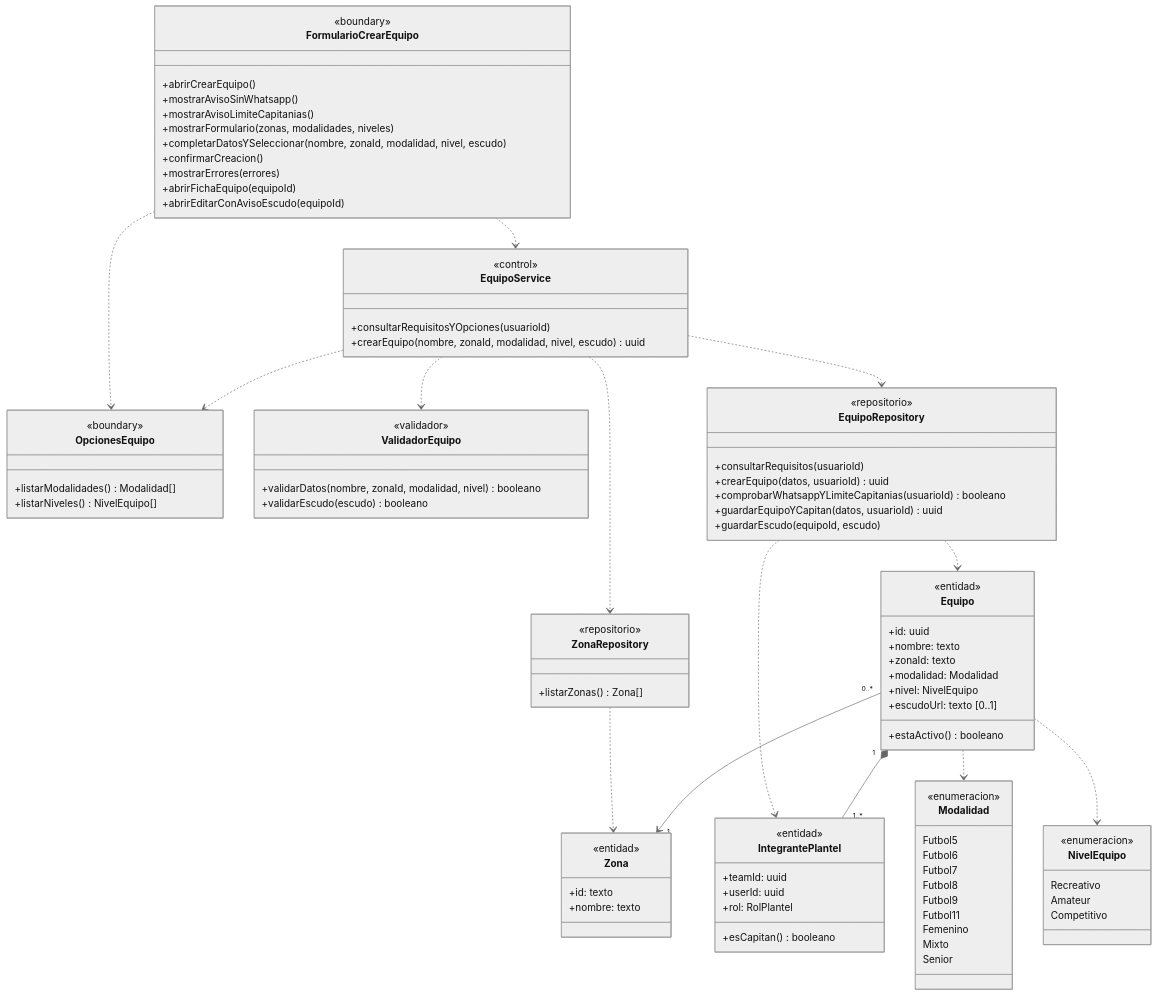
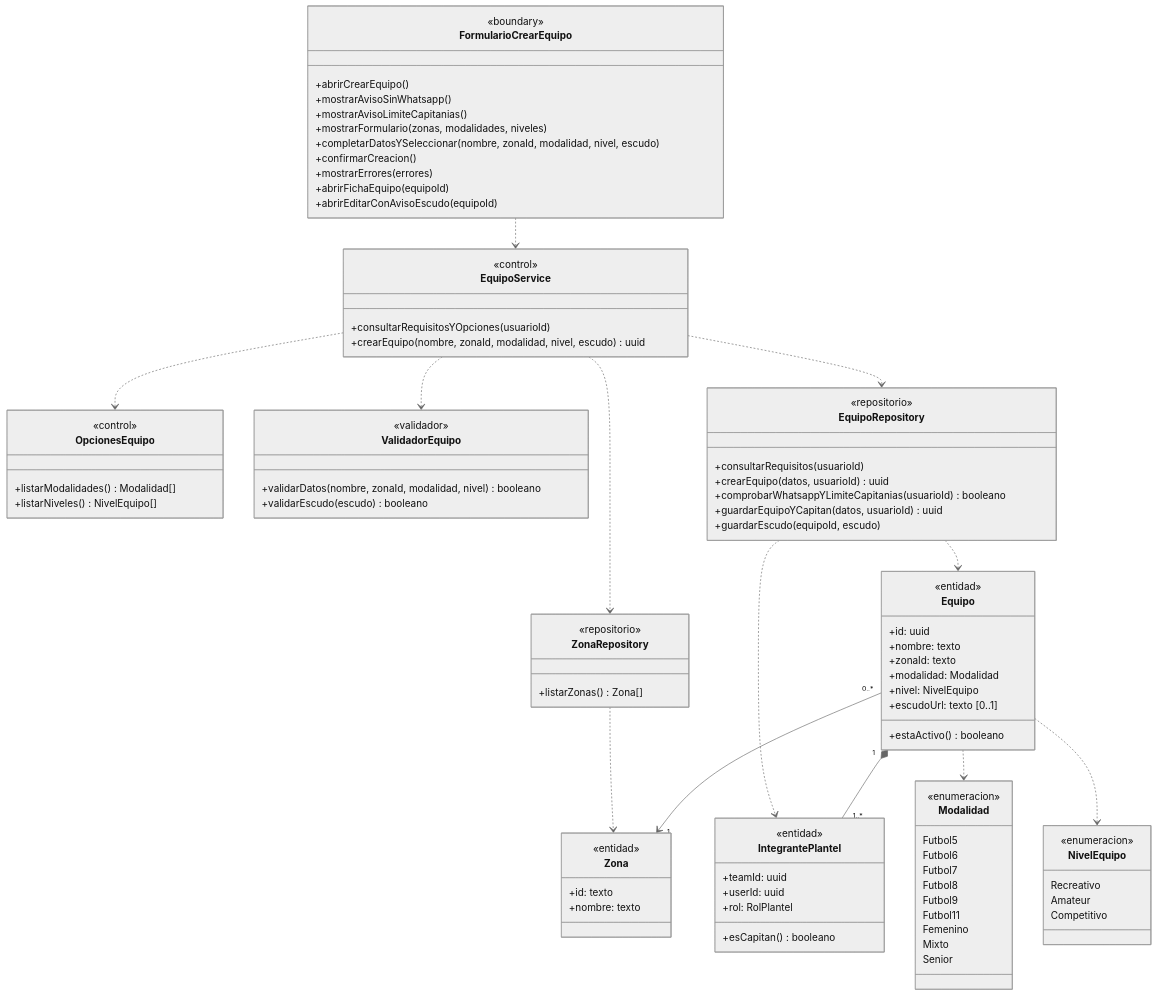
Before and after one commit to nicqletal/torneos-scraper: the second of 11 diagrams in docs/diagramas-de-clase/equipos.md, drawn with Mermaid (neutral theme). The commit also changed other lines of this file and 12 other files, not shown here.

First line of the commit message:
docs(diagramas-de-clase): alinear métodos con secuencias, unificar capas y limpiar etiquetas en flechas

```diff
--- a/docs/diagramas-de-clase/equipos.md
+++ b/docs/diagramas-de-clase/equipos.md
@@ -171,7 +171,7 @@
   +abrirEditarConAvisoEscudo(equipoId)
 }
 class OpcionesEquipo {
-  <<boundary>>
+  <<control>>
   +listarModalidades() Modalidad[]
   +listarNiveles() NivelEquipo[]
 }
@@ -237,7 +237,6 @@
   Amateur
   Competitivo
 }
-FormularioCrearEquipo ..> OpcionesEquipo
 FormularioCrearEquipo ..> EquipoService
 EquipoService ..> OpcionesEquipo
 EquipoService ..> ZonaRepository
```
